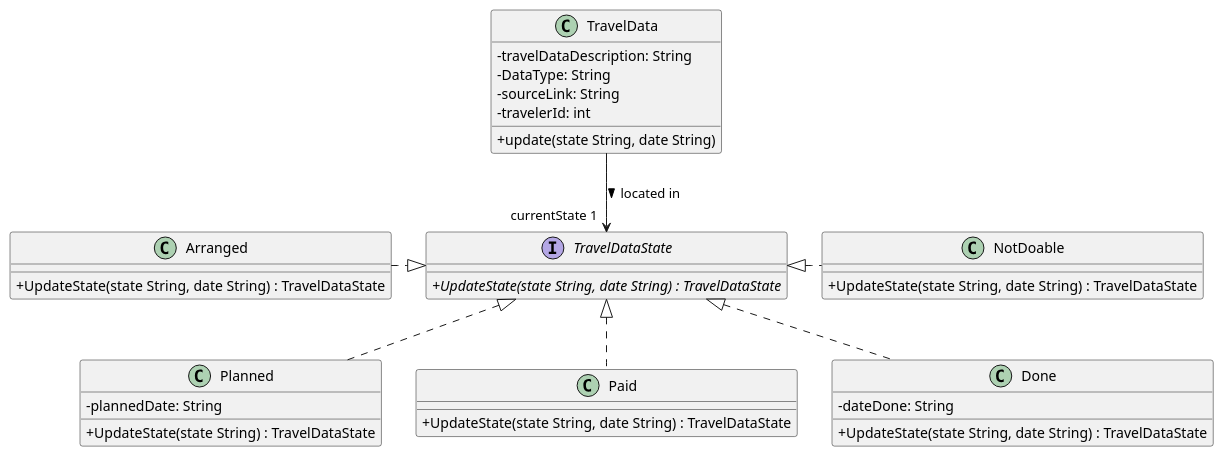
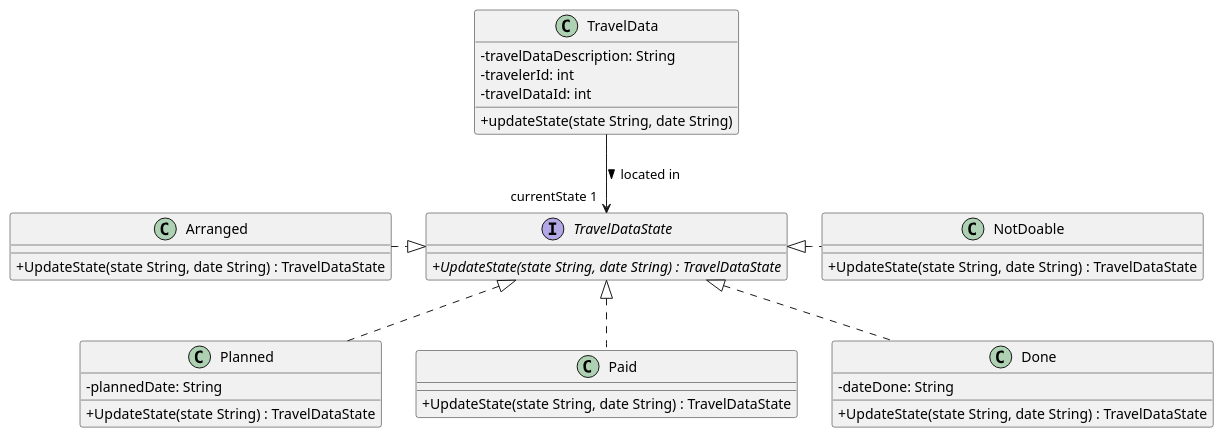
Before and after one commit to AIM-ENE-feb25/triptop-groep-3: the diagram in opdracht-diagrammen/Ontwerpvraag/C4 OntwerpVraag Jordy/Class Diagram States.puml, drawn with PlantUML. The commit also changed 8 other files, not shown here.

```diff
--- a/opdracht-diagrammen/Ontwerpvraag/C4 OntwerpVraag Jordy/Class Diagram States.puml
+++ b/opdracht-diagrammen/Ontwerpvraag/C4 OntwerpVraag Jordy/Class Diagram States.puml
@@ -1,45 +1,44 @@
 @startuml
 skinparam classAttributeIconSize 0
 
 class TravelData {
     - travelDataDescription: String
-    - DataType: String
-    - sourceLink: String
     - travelerId: int
-    + update(state String, date String)
+    - travelDataId: int
+    + updateState(state String, date String)
 }
 
 interface TravelDataState {
     +{abstract}UpdateState(state String, date String) : TravelDataState
 }
 
 class Planned {
     - plannedDate: String
     +UpdateState(state String) : TravelDataState
 }
 
 class Arranged {
     +UpdateState(state String, date String) : TravelDataState
 }
 
 class Paid {
     +UpdateState(state String, date String) : TravelDataState
 }
 
 class NotDoable {
     +UpdateState(state String, date String) : TravelDataState
 }
 
 class Done {
     - dateDone: String
     +UpdateState(state String, date String) : TravelDataState
 }
 
 TravelData --> "currentState 1" TravelDataState: located in >
 Arranged .|> TravelDataState
 Paid .u.|> TravelDataState
 Planned .u.|> TravelDataState
 Done .u.|> TravelDataState
 NotDoable .l.|> TravelDataState
 
 @enduml
```
